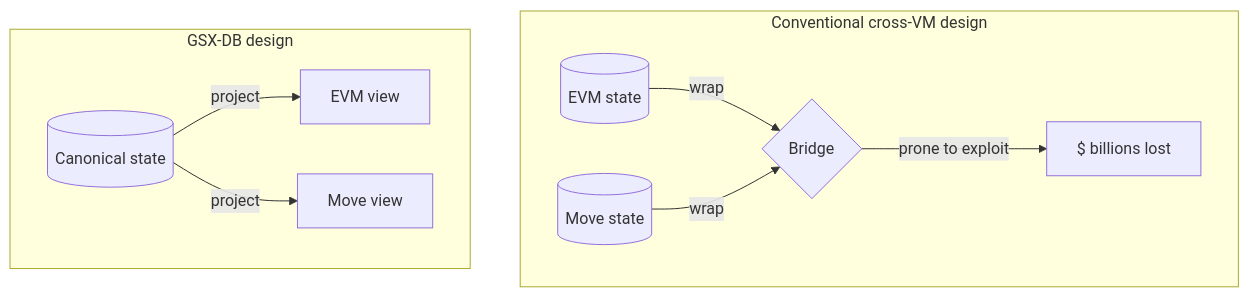
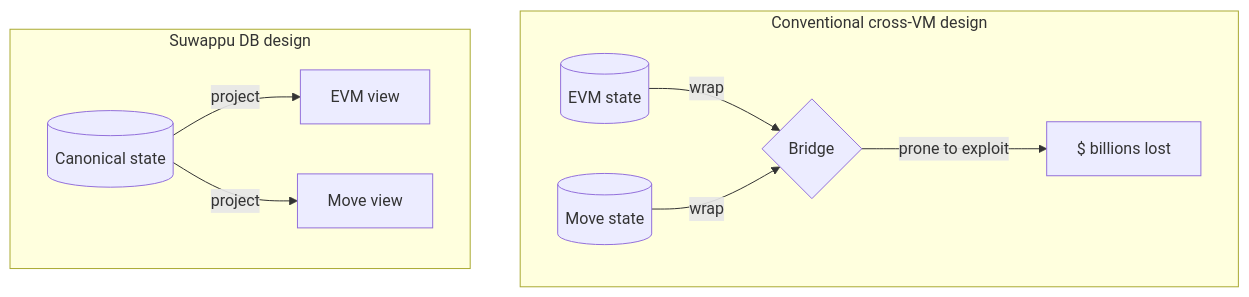
Before and after one commit to Suwappu-Labs/suwappu-db: the second of 4 diagrams in docs/architecture/dual-projection.md, drawn with Mermaid. The commit also changed other lines of this file and 248 other files, not shown here.

````diff
--- a/docs/architecture/dual-projection.md
+++ b/docs/architecture/dual-projection.md
@@ -37,16 +37,16 @@
 ```mermaid
 flowchart TB
     subgraph Conventional["Conventional cross-VM design"]
         EVMState[(EVM state)]
         MoveState[(Move state)]
         Bridge{Bridge}
         EVMState -- wrap --> Bridge
         MoveState -- wrap --> Bridge
         Bridge -- prone to exploit --> Loss[$ billions lost]
     end
-    subgraph GSX["GSX-DB design"]
+    subgraph SUWAPPU["Suwappu DB design"]
         Canonical[(Canonical state)]
         Canonical -- project --> EvmView[EVM view]
         Canonical -- project --> MoveView[Move view]
     end
 ```
````
